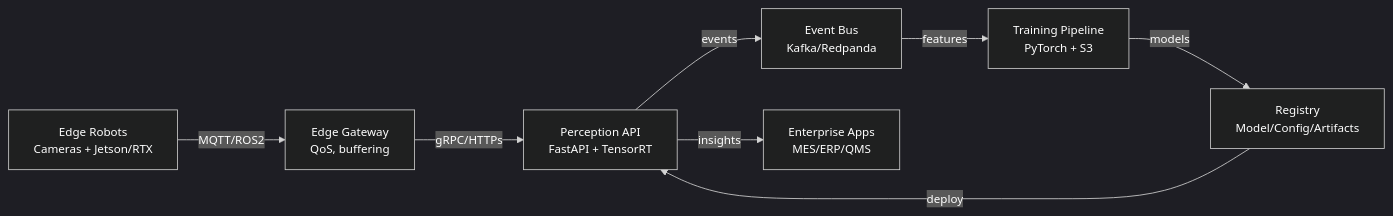
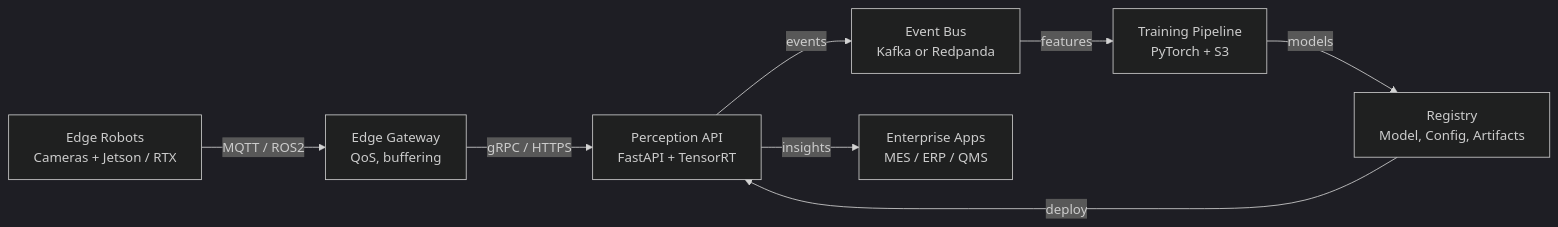
Before and after one commit to aurelius-in/RoboCaps: the first of 4 diagrams in architecture/global_architecture_overview.md, drawn with Mermaid. The commit also changed other lines of this file and 4 other files, not shown here.

````diff
--- a/architecture/global_architecture_overview.md
+++ b/architecture/global_architecture_overview.md
@@ -6,11 +6,11 @@
 ```mermaid
-%%{init: { 'theme': 'dark', 'themeVariables': { 'background':'#000', 'primaryTextColor':'#FFF', 'textColor':'#FFF', 'fontSize':'14px' }}}%%
+%%{init: { 'theme': 'dark', 'themeVariables': { 'background':'#000000', 'primaryTextColor':'#FFFFFF', 'fontSize':'16px' }}}%%
 flowchart LR
-    E[Edge Robots\nCameras + Jetson/RTX] -- MQTT/ROS2 --> G[Edge Gateway\nQoS, buffering]
-    G -- gRPC/HTTPs --> A[Perception API\nFastAPI + TensorRT]
-    A -- events --> B[Event Bus\nKafka/Redpanda]
-    B -- features --> T[Training Pipeline\nPyTorch + S3]
-    T -- models --> R[Registry\nModel/Config/Artifacts]
+    E[Edge Robots<br/>Cameras + Jetson / RTX] -- MQTT / ROS2 --> G[Edge Gateway<br/>QoS, buffering]
+    G -- gRPC / HTTPS --> A[Perception API<br/>FastAPI + TensorRT]
+    A -- events --> B[Event Bus<br/>Kafka or Redpanda]
+    B -- features --> T[Training Pipeline<br/>PyTorch + S3]
+    T -- models --> R[Registry<br/>Model, Config, Artifacts]
     R -- deploy --> A
-    A -- insights --> BI[Enterprise Apps\nMES/ERP/QMS]
+    A -- insights --> BI[Enterprise Apps<br/>MES / ERP / QMS]
 ```
````
